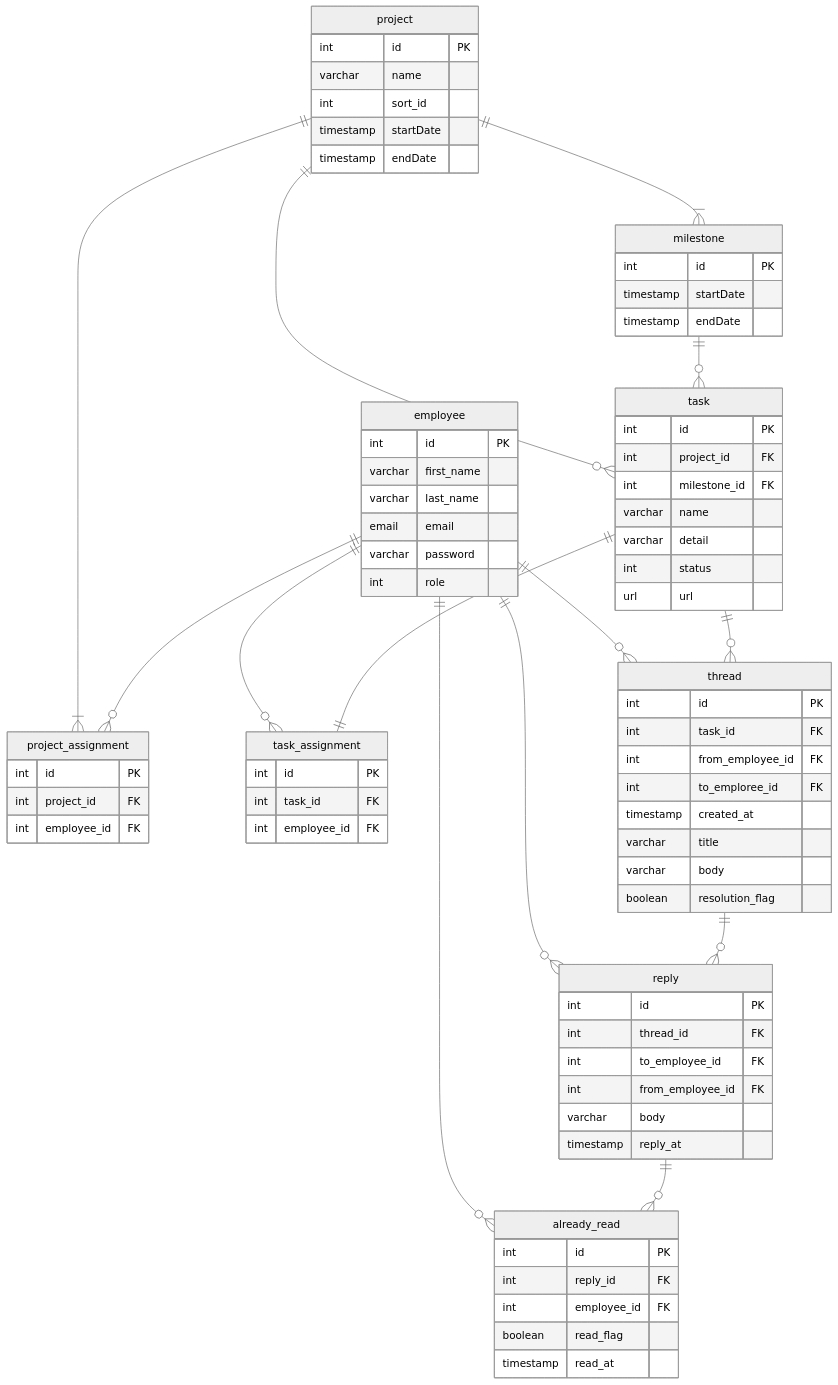
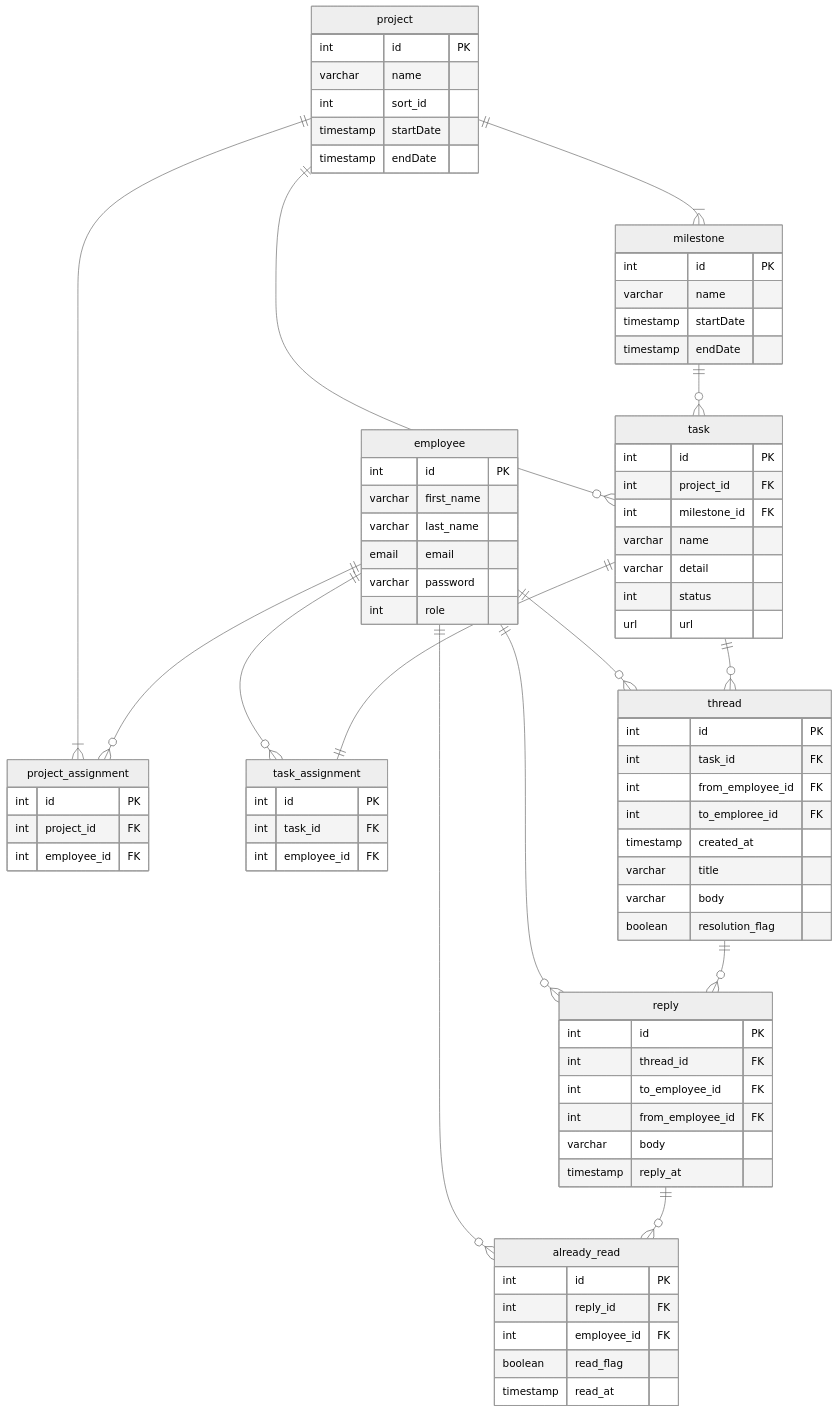
The first of 2 diagrams in README.md (yukyoooo/go_next_ddd), drawn with Mermaid (neutral theme) before and after one commit.

```diff
--- a/README.md
+++ b/README.md
@@ -66,6 +66,7 @@
 
 milestone {
     int id PK
+    varchar name
     timestamp startDate
     timestamp endDate
 }
```
